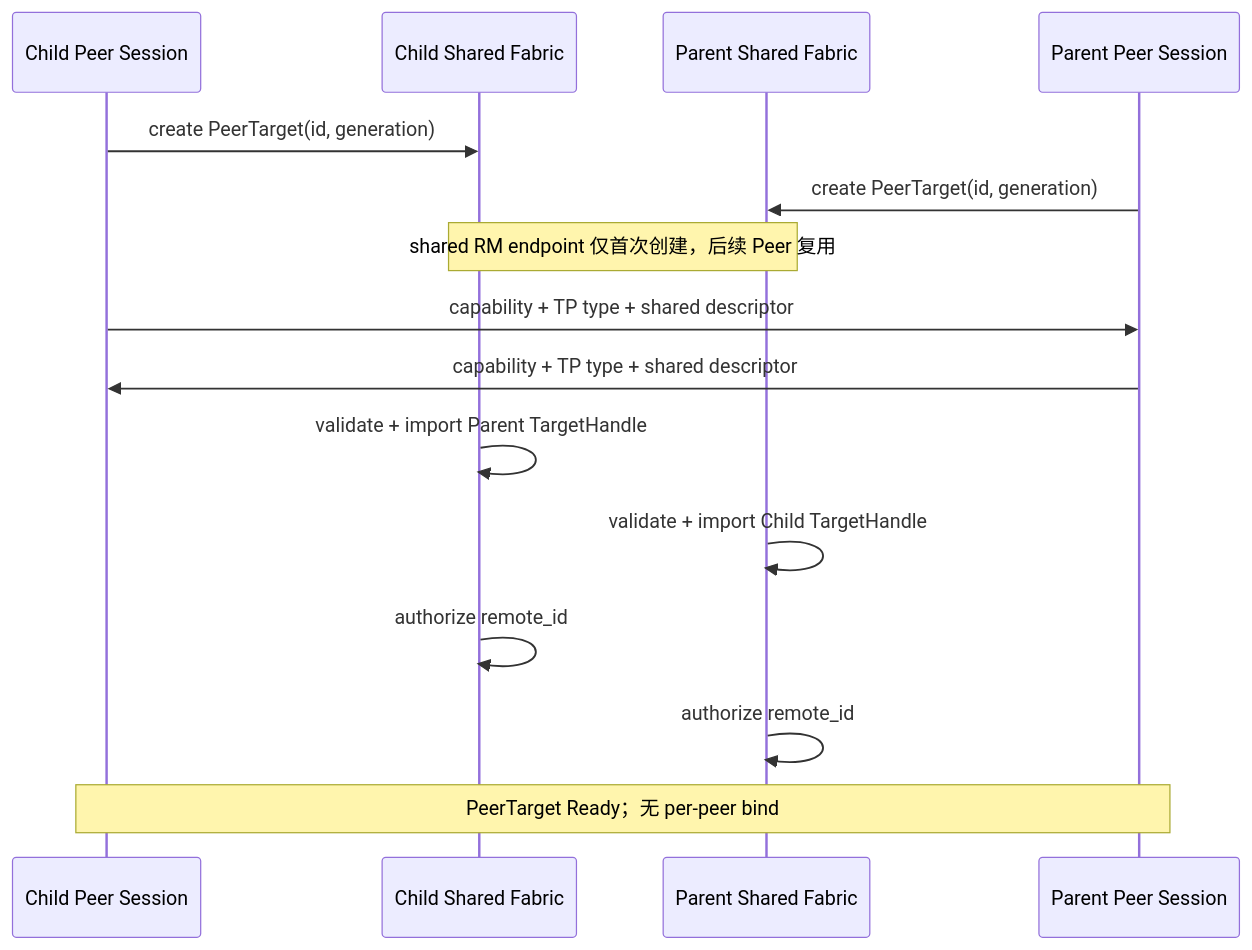
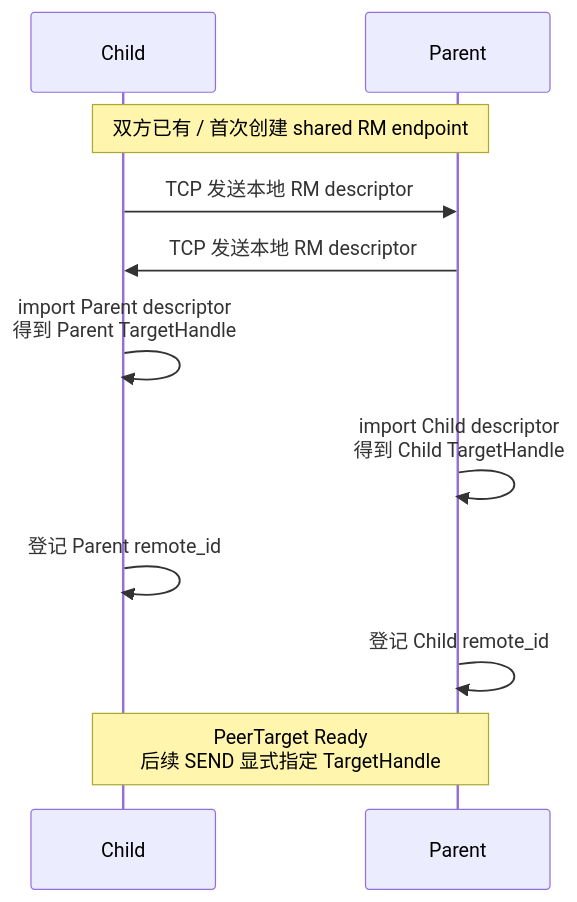
The ninth of 26 diagrams in dragonfly-urma-adaptation/urma-stage-summary/Dragonfly-URMA-RC-RM-technical-solution-discussion-2026-09-10.md (YIYUANYUAN1116/engineering-lab), drawn with Mermaid before and after one commit. The commit also changed other lines of this file, not shown here.

````diff
--- a/dragonfly-urma-adaptation/urma-stage-summary/Dragonfly-URMA-RC-RM-technical-solution-discussion-2026-09-10.md
+++ b/dragonfly-urma-adaptation/urma-stage-summary/Dragonfly-URMA-RC-RM-technical-solution-discussion-2026-09-10.md
@@ -445,17 +408,18 @@
 ```mermaid
 sequenceDiagram
-    participant C as Child Peer Session
-    participant CF as Child Shared Fabric
-    participant PF as Parent Shared Fabric
-    participant P as Parent Peer Session
-    C->>CF: create PeerTarget(id, generation)
-    P->>PF: create PeerTarget(id, generation)
-    Note over CF,PF: shared RM endpoint 仅首次创建，后续 Peer 复用
-    C->>P: capability + TP type + shared descriptor
-    P->>C: capability + TP type + shared descriptor
-    CF->>CF: validate + import Parent TargetHandle
-    PF->>PF: validate + import Child TargetHandle
-    CF->>CF: authorize remote_id
-    PF->>PF: authorize remote_id
-    Note over C,P: PeerTarget Ready；无 per-peer bind
+    participant C as Child
+    participant P as Parent
+
+    Note over C,P: 双方已有 / 首次创建 shared RM endpoint
+
+    C->>P: TCP 发送本地 RM descriptor
+    P->>C: TCP 发送本地 RM descriptor
+
+    C->>C: import Parent descriptor<br/>得到 Parent TargetHandle
+    P->>P: import Child descriptor<br/>得到 Child TargetHandle
+
+    C->>C: 登记 Parent remote_id
+    P->>P: 登记 Child remote_id
+
+    Note over C,P: PeerTarget Ready<br/>后续 SEND 显式指定 TargetHandle
 ```
````
